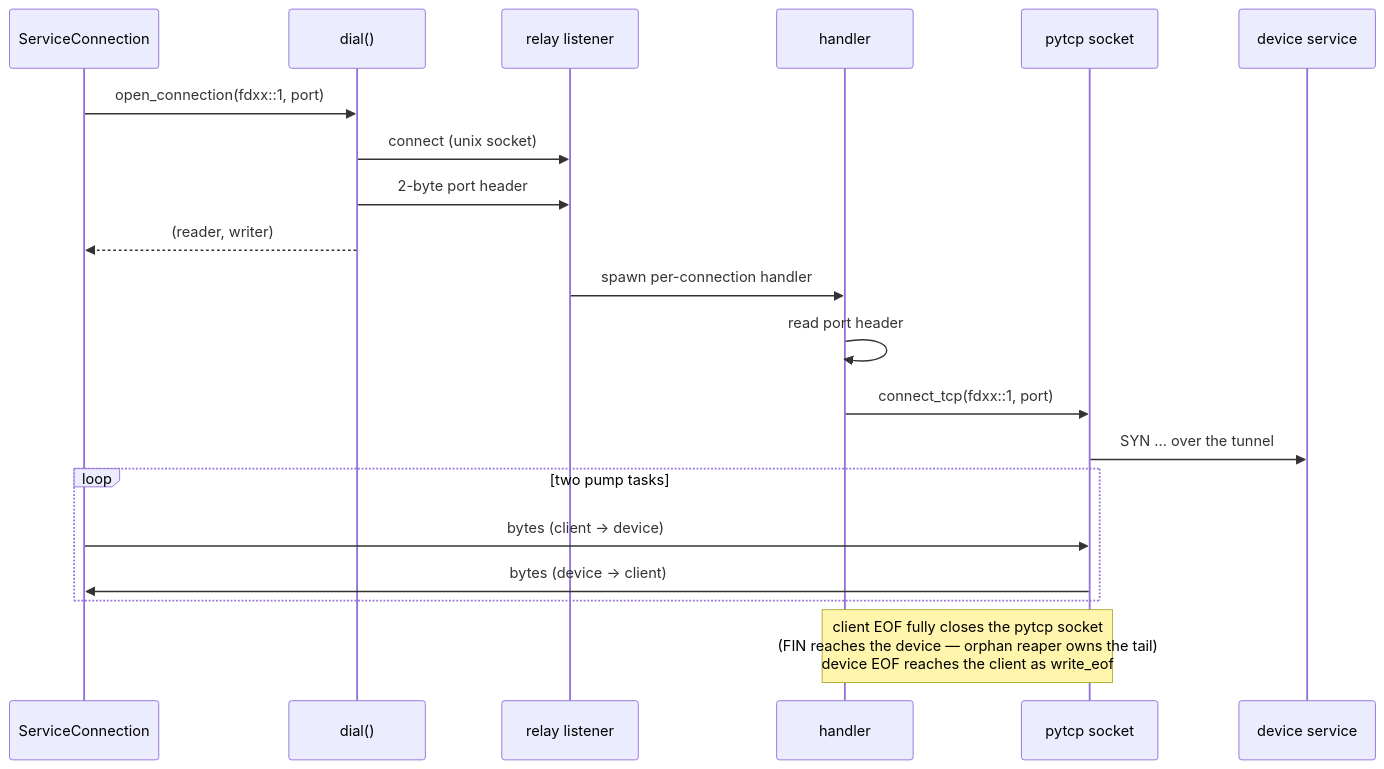
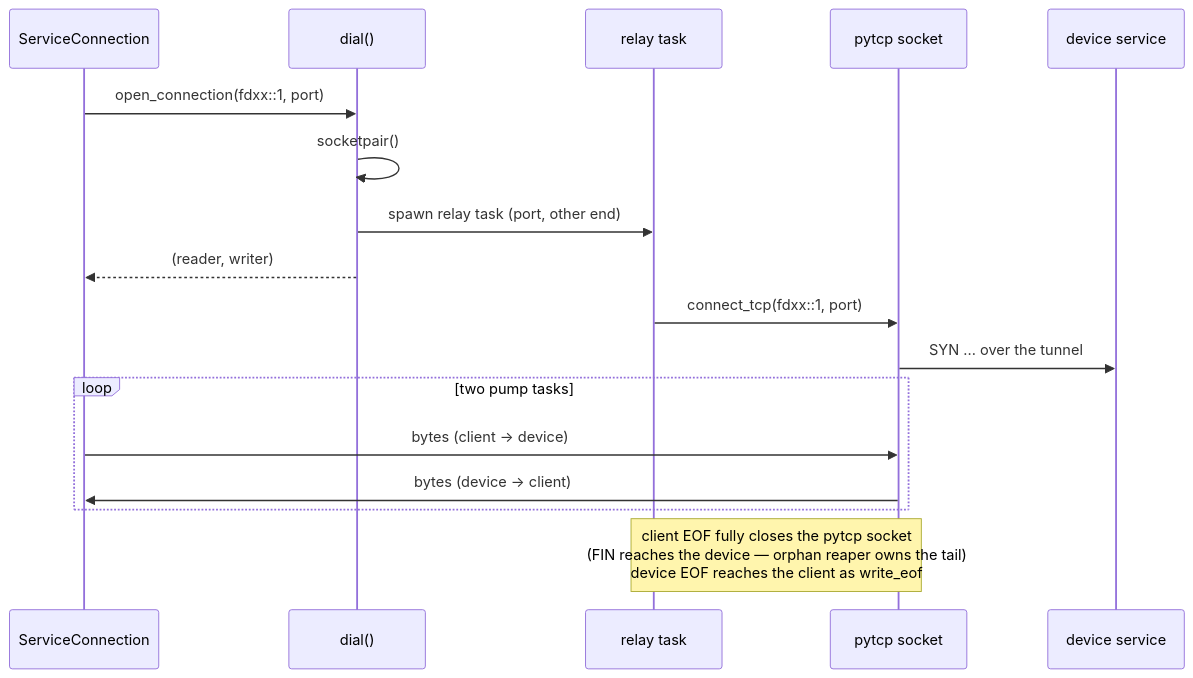
One commit to doronz88/pymobiledevice3 changed the fifth of 7 diagrams in docs/guides/network-stacks.md. Above: the diagram before and after it, drawn with Mermaid. The commit also changed other lines of this file and 7 other files, not shown here.

First line of the commit message:
userspace_tunnel: Relay each dial over a socketpair instead of a listener

````diff
--- a/docs/guides/network-stacks.md
+++ b/docs/guides/network-stacks.md
@@ -138,23 +137,20 @@
 ```mermaid
 sequenceDiagram
     participant S as ServiceConnection
     participant D as dial()
-    participant L as relay listener
-    participant H as handler
+    participant H as relay task
     participant P as pytcp socket
     participant Dev as device service
 
     S->>D: open_connection(fdxx::1, port)
-    D->>L: connect (unix socket)
-    D->>L: 2-byte port header
+    D->>D: socketpair()
+    D->>H: spawn relay task (port, other end)
     D-->>S: (reader, writer)
-    L->>H: spawn per-connection handler
-    H->>H: read port header
     H->>P: connect_tcp(fdxx::1, port)
     P->>Dev: SYN ... over the tunnel
     loop two pump tasks
         S->>P: bytes (client → device)
         P->>S: bytes (device → client)
     end
     Note over H,P: client EOF fully closes the pytcp socket<br/>(FIN reaches the device — orphan reaper owns the tail)<br/>device EOF reaches the client as write_eof
 ```
````
